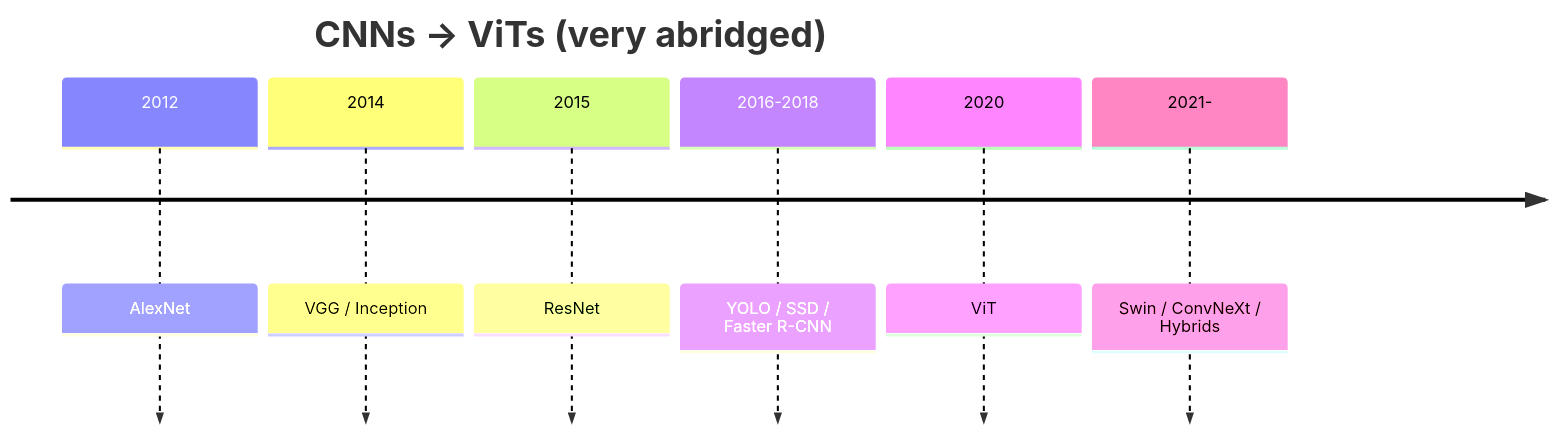
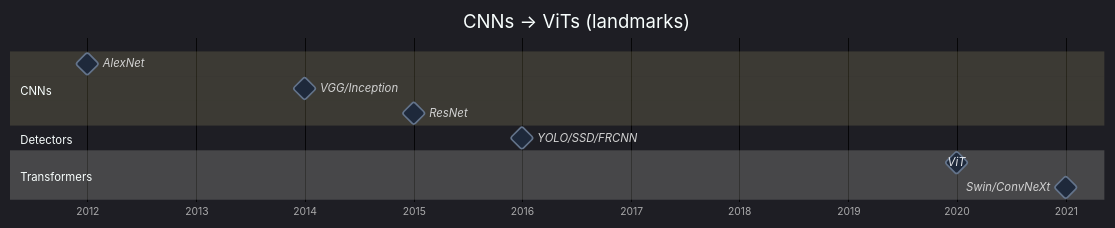
The second of 2 diagrams in src/content/blog/en/Are CNN Dead - Long live CNN.mdx (B33low/blog), drawn with Mermaid before and after one commit. The commit also changed other lines of this file and 6 other files, not shown here.

````diff
--- a/src/content/blog/en/Are CNN Dead - Long live CNN.mdx
+++ b/src/content/blog/en/Are CNN Dead - Long live CNN.mdx
@@ -136,10 +204,25 @@
 ```mermaid
-timeline
-title CNNs → ViTs (very abridged)
-2012 : AlexNet
-2014 : VGG / Inception
-2015 : ResNet
-2016-2018 : YOLO / SSD / Faster R-CNN
-2020 : ViT
-2021- : Swin / ConvNeXt / Hybrids
+%%{init: { "theme": "dark", "themeVariables": {
+  "background": "transparent",
+  "taskTextColor": "#e5e7eb",
+  "taskTextLightColor": "#e5e7eb",
+  "taskBkgColor": "#1e293b",
+  "taskBorderColor": "#64748b",
+  "milestoneBkgColor": "#1e293b",
+  "milestoneBorderColor": "#64748b",
+  "milestoneTextColor": "#e5e7eb"
+}}}%%
+gantt
+  title CNNs -> ViTs (landmarks)
+  dateFormat  YYYY
+  axisFormat  %Y
+  section CNNs
+    AlexNet        :milestone, m1, 2012, 0d
+    VGG/Inception  :milestone, m2, 2014, 0d
+    ResNet         :milestone, m3, 2015, 0d
+  section Detectors
+    YOLO/SSD/FRCNN :milestone, m4, 2016, 0d
+  section Transformers
+    ViT            :milestone, m5, 2020, 0d
+    Swin/ConvNeXt  :milestone, m6, 2021, 0d
 ```
````
